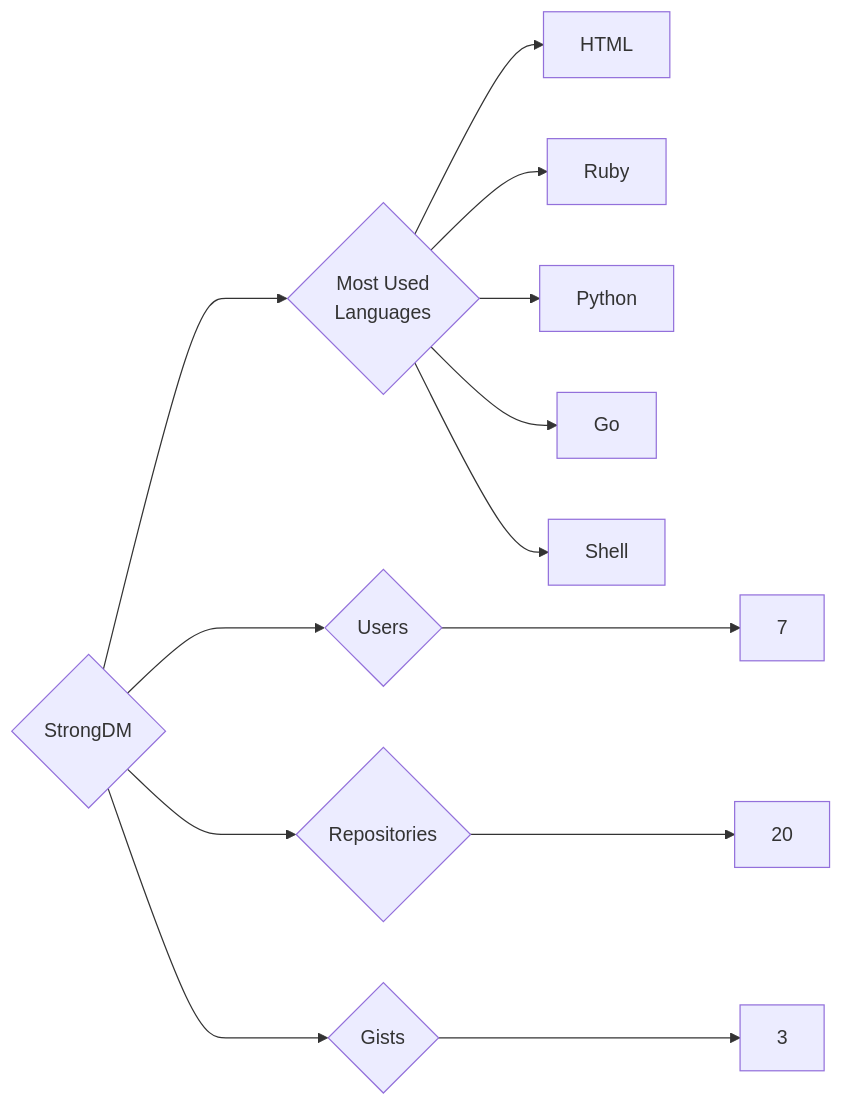
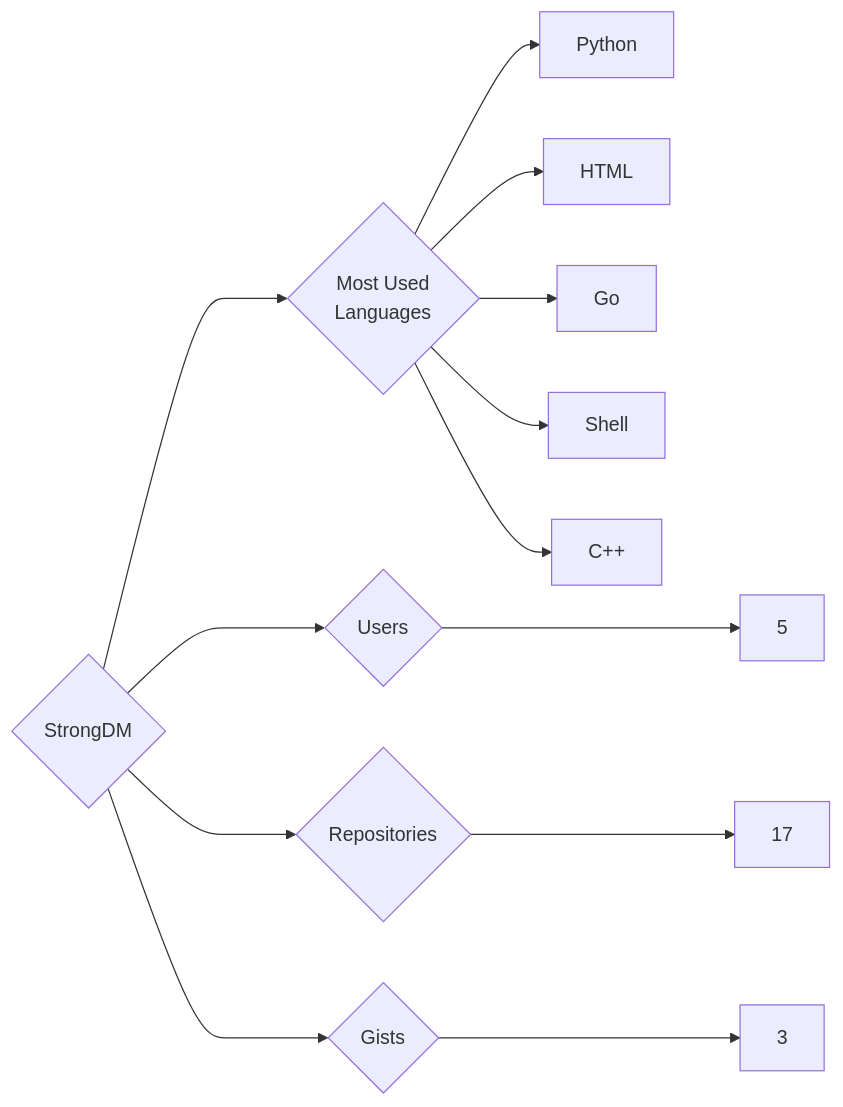
One commit to trickest/insiders changed the diagram in targets/StrongDM/README.md. Above: the diagram before and after it, drawn with Mermaid. The commit also changed 953 other files, not shown here.

````diff
--- a/targets/StrongDM/README.md
+++ b/targets/StrongDM/README.md
@@ -3,13 +3,13 @@
 ```mermaid
 graph LR
 COMPANY_NAME{StrongDM}
-COMPANY_NAME ---> U{Users} ---> UN[7]
-COMPANY_NAME ---> R{Repositories} ---> RN[20]
+COMPANY_NAME ---> U{Users} ---> UN[5]
+COMPANY_NAME ---> R{Repositories} ---> RN[17]
 COMPANY_NAME ---> G{Gists} ---> GN[3]
 COMPANY_NAME ---> ML{Most Used<br>Languages}
+ML --> Python[Python]
 ML --> HTML[HTML]
-ML --> Ruby[Ruby]
-ML --> Python[Python]
 ML --> Go[Go]
 ML --> Shell[Shell]
+ML --> C++[C++]
 ```
````
